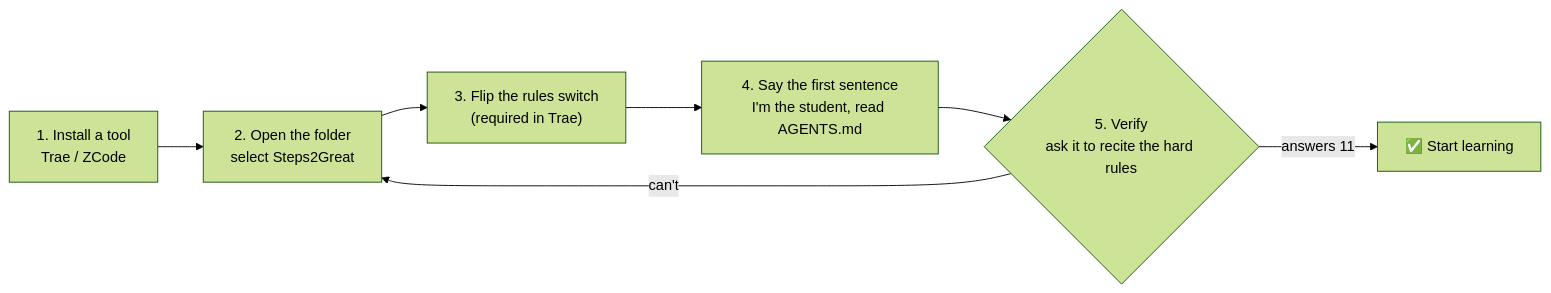
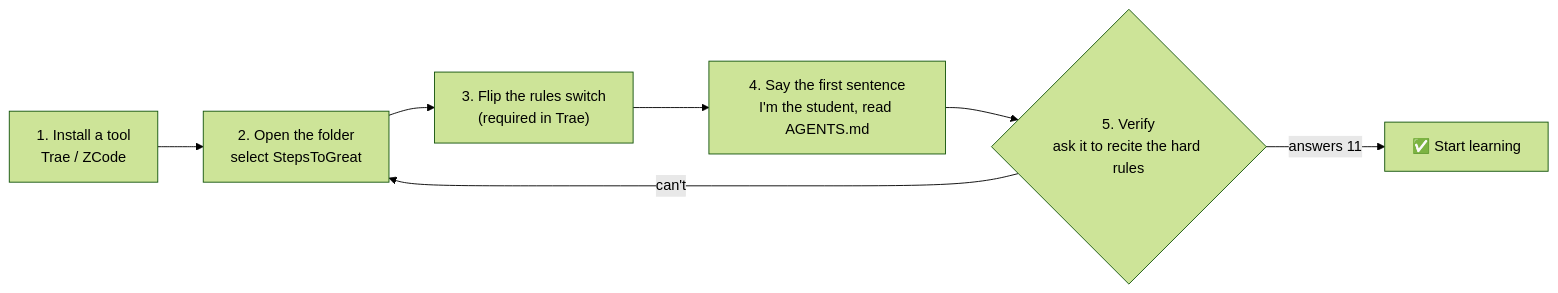
The first of 3 diagrams in 教程/ui-mockups.en.md (wildcat430524/StepsToGreat), drawn with Mermaid (forest theme) before and after one commit. The commit also changed other lines of this file and 32 other files, not shown here.

First line of the commit message:
revert: 撤销改名，项目名恢复为 StepsToGreat

````diff
--- a/教程/ui-mockups.en.md
+++ b/教程/ui-mockups.en.md
@@ -33,9 +33,9 @@
 ```mermaid
 flowchart LR
-    A["1. Install a tool<br/>Trae / ZCode"] --> B["2. Open the folder<br/>select Steps2Great"]
+    A["1. Install a tool<br/>Trae / ZCode"] --> B["2. Open the folder<br/>select StepsToGreat"]
     B --> C["3. Flip the rules switch<br/>(required in Trae)"]
     C --> D["4. Say the first sentence<br/>I'm the student, read AGENTS.md"]
     D --> E{"5. Verify<br/>ask it to recite the hard rules"}
     E -->|"answers 11"| F["✅ Start learning"]
     E -->|"can't"| B
 ```
````
